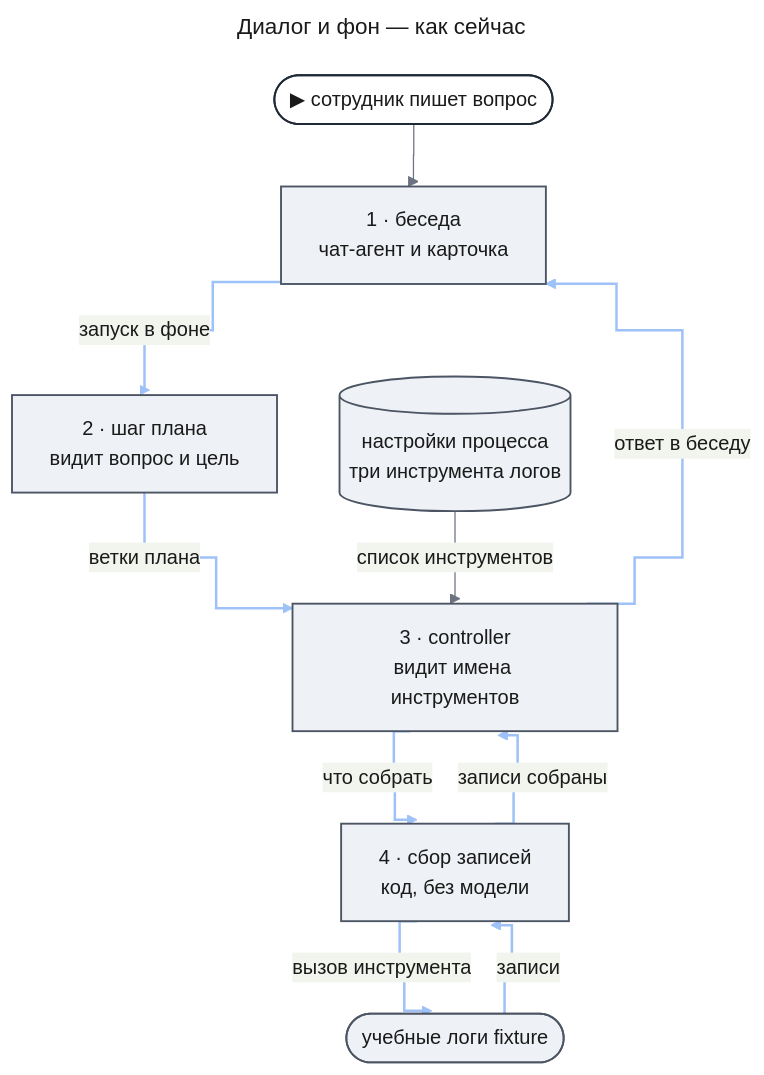
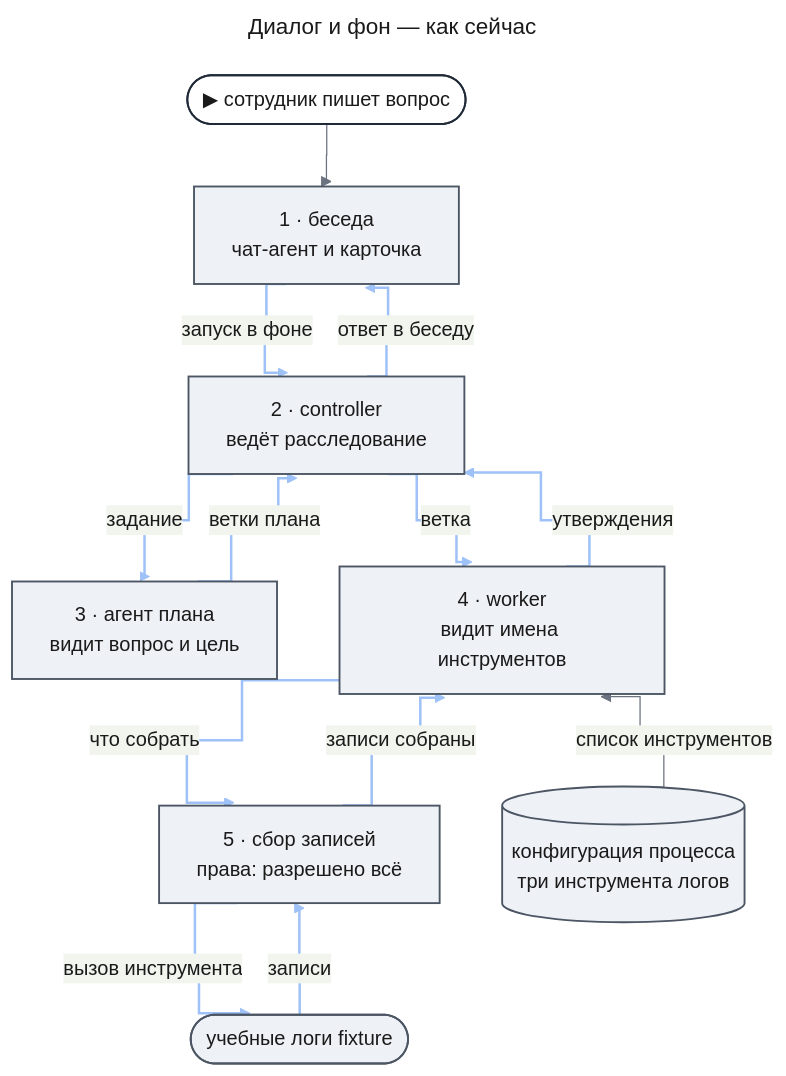
One commit to tundraray/agent-os changed the first of 7 diagrams in docs/features/source-planning/prd.md. Above: the diagram before and after it, drawn with Mermaid. The commit also changed other lines of this file, not shown here.

````diff
--- a/docs/features/source-planning/prd.md
+++ b/docs/features/source-planning/prd.md
@@ -46,52 +49,63 @@
 ```mermaid
 ---
 title: "Диалог и фон — как сейчас"
 config:
   theme: base
   look: classic
   themeVariables:
     primaryColor: "#eef1f5"
     primaryBorderColor: "#4b5563"
     primaryTextColor: "#1a1a1a"
     lineColor: "#6b7280"
   flowchart:
     curve: step
   themeCSS: |
-    @keyframes litr_sp1{0%,12.86%{stroke:#1d4ed8;stroke-width:6px}14.29%,100%{stroke:#9ec1f7;stroke-width:2px}}
+    @keyframes litr_sp1{0%,9%{stroke:#1d4ed8;stroke-width:6px}10%,100%{stroke:#9ec1f7;stroke-width:2px}}
 ---
 flowchart TB
     entry(["▶ сотрудник пишет вопрос"])
     chat["1 · беседа<br/>чат-агент и карточка"]
-    plan["2 · шаг плана<br/>видит вопрос и цель"]
-    ctl["3 · controller<br/>видит имена инструментов"]
-    fetch["4 · сбор записей<br/>код, без модели"]
+    ctl["2 · controller<br/>ведёт расследование"]
+    plan["3 · агент плана<br/>видит вопрос и цель"]
+    worker["4 · worker<br/>видит имена инструментов"]
+    fetch["5 · сбор записей<br/>права: разрешено всё"]
     src(["учебные логи fixture"])
-    cfg[("настройки процесса<br/>три инструмента логов")]
+    cfg[("конфигурация процесса<br/>три инструмента логов")]
     entry --> chat
-    chat e1@-->|"запуск в фоне"| plan
-    plan e2@-->|"ветки плана"| ctl
-    ctl e3@-->|"что собрать"| fetch
-    fetch e4@-->|"вызов инструмента"| src
-    src e5@-->|"записи"| fetch
-    fetch e6@-->|"записи собраны"| ctl
-    ctl e7@-->|"ответ в беседу"| chat
-    cfg -->|"список инструментов"| ctl
+    chat e1@-->|"запуск в фоне"| ctl
+    ctl e2@-->|"задание"| plan
+    plan e3@-->|"ветки плана"| ctl
+    ctl e4@-->|"ветка"| worker
+    worker e5@-->|"что собрать"| fetch
+    fetch e6@-->|"вызов инструмента"| src
+    src e7@-->|"записи"| fetch
+    fetch e8@-->|"записи собраны"| worker
+    worker e9@-->|"утверждения"| ctl
+    ctl e10@-->|"ответ в беседу"| chat
+    worker ~~~ cfg
+    cfg -->|"список инструментов"| worker
     classDef entry fill:#ffffff,stroke:#1f2937,stroke-width:1.5px,color:#1a1a1a
     classDef unchanged fill:#eef1f5,stroke:#4b5563,stroke-width:1.5px,color:#1a1a1a
-    classDef r1 stroke:#9ec1f7,stroke-width:2px,animation:litr_sp1 8.4s linear 0s infinite
-    classDef r2 stroke:#9ec1f7,stroke-width:2px,animation:litr_sp1 8.4s linear 1.2s infinite
-    classDef r3 stroke:#9ec1f7,stroke-width:2px,animation:litr_sp1 8.4s linear 2.4s infinite
-    classDef r4 stroke:#9ec1f7,stroke-width:2px,animation:litr_sp1 8.4s linear 3.6s infinite
-    classDef r5 stroke:#9ec1f7,stroke-width:2px,animation:litr_sp1 8.4s linear 4.8s infinite
-    classDef r6 stroke:#9ec1f7,stroke-width:2px,animation:litr_sp1 8.4s linear 6s infinite
-    classDef r7 stroke:#9ec1f7,stroke-width:2px,animation:litr_sp1 8.4s linear 7.2s infinite
+    classDef r1 stroke:#9ec1f7,stroke-width:2px,animation:litr_sp1 12s linear 0s infinite
+    classDef r2 stroke:#9ec1f7,stroke-width:2px,animation:litr_sp1 12s linear 1.2s infinite
+    classDef r3 stroke:#9ec1f7,stroke-width:2px,animation:litr_sp1 12s linear 2.4s infinite
+    classDef r4 stroke:#9ec1f7,stroke-width:2px,animation:litr_sp1 12s linear 3.6s infinite
+    classDef r5 stroke:#9ec1f7,stroke-width:2px,animation:litr_sp1 12s linear 4.8s infinite
+    classDef r6 stroke:#9ec1f7,stroke-width:2px,animation:litr_sp1 12s linear 6s infinite
+    classDef r7 stroke:#9ec1f7,stroke-width:2px,animation:litr_sp1 12s linear 7.2s infinite
+    classDef r8 stroke:#9ec1f7,stroke-width:2px,animation:litr_sp1 12s linear 8.4s infinite
+    classDef r9 stroke:#9ec1f7,stroke-width:2px,animation:litr_sp1 12s linear 9.6s infinite
+    classDef r10 stroke:#9ec1f7,stroke-width:2px,animation:litr_sp1 12s linear 10.8s infinite
     class entry entry
-    class chat,plan,ctl,fetch,src,cfg unchanged
+    class chat,ctl,plan,worker,fetch,src,cfg unchanged
     class e1 r1
     class e2 r2
     class e3 r3
     class e4 r4
     class e5 r5
     class e6 r6
     class e7 r7
+    class e8 r8
+    class e9 r9
+    class e10 r10
 ```
````
